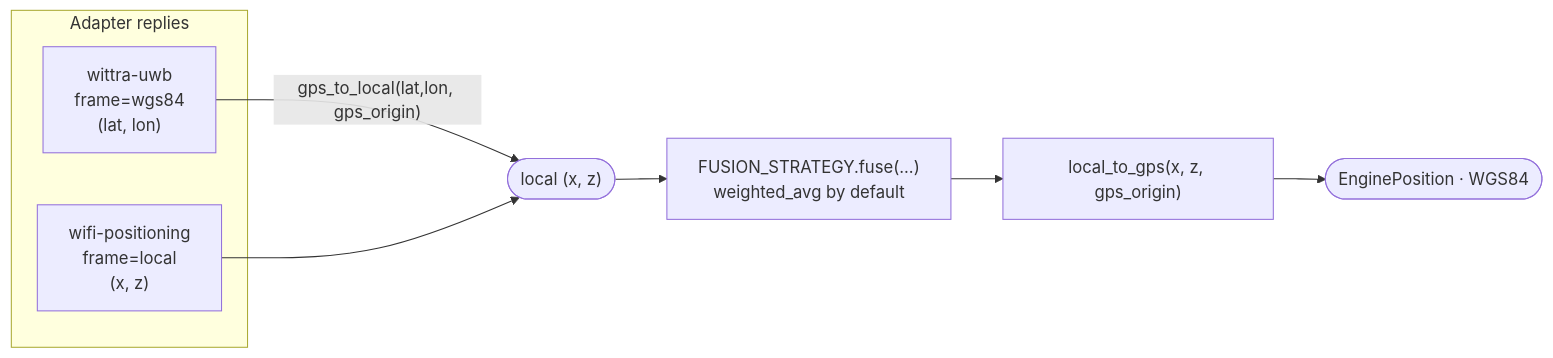
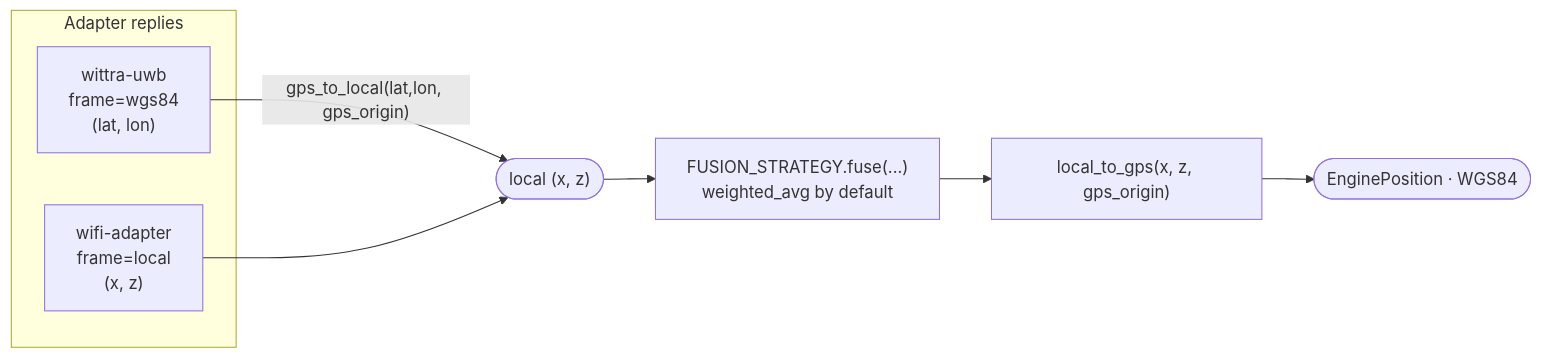
Before and after one commit to Jacobbista/5g-northbound: the fourth of 4 diagrams in docs/architecture.md, drawn with Mermaid. The commit also changed other lines of this file and 241 other files, not shown here.

````diff
--- a/docs/architecture.md
+++ b/docs/architecture.md
@@ -151,12 +151,12 @@
 ```mermaid
 flowchart LR
   subgraph in[Adapter replies]
-    L["wifi-positioning<br/>frame=local<br/>(x, z)"]
+    L["wifi-adapter<br/>frame=local<br/>(x, z)"]
     G["wittra-uwb<br/>frame=wgs84<br/>(lat, lon)"]
   end
   G -- "gps_to_local(lat,lon, gps_origin)" --> N(["local (x, z)"])
   L --> N
   N --> F["FUSION_STRATEGY.fuse(...)<br/>weighted_avg by default"]
   F --> P["local_to_gps(x, z, gps_origin)"]
   P --> OUT([EnginePosition · WGS84])
 ```
````
